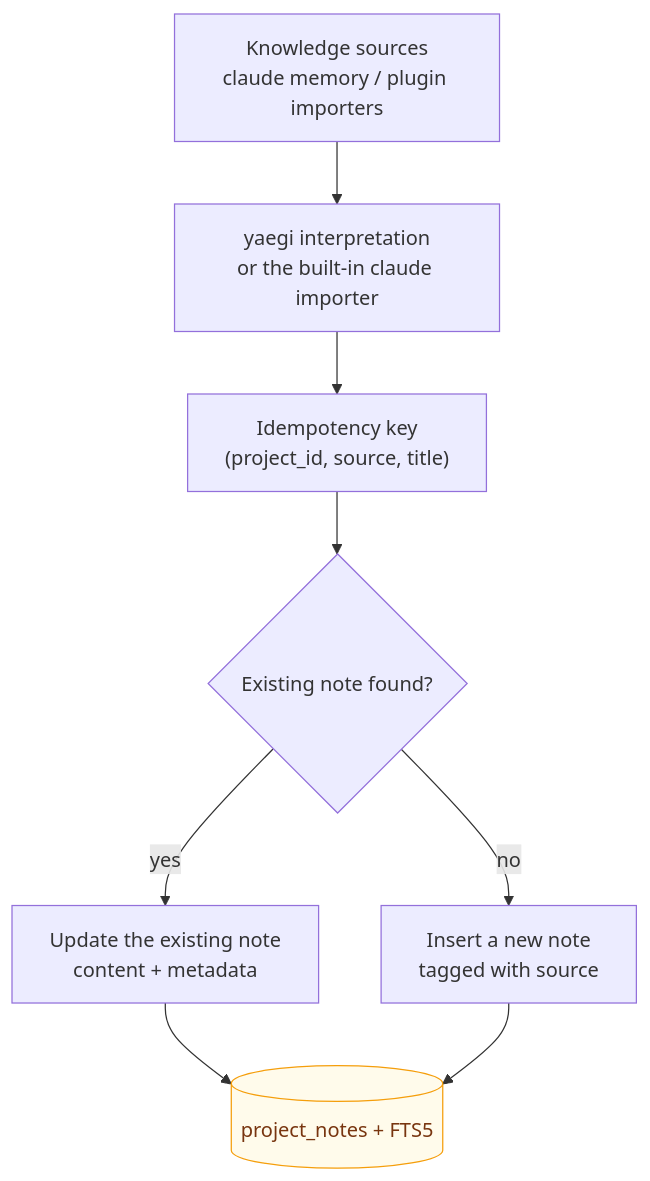
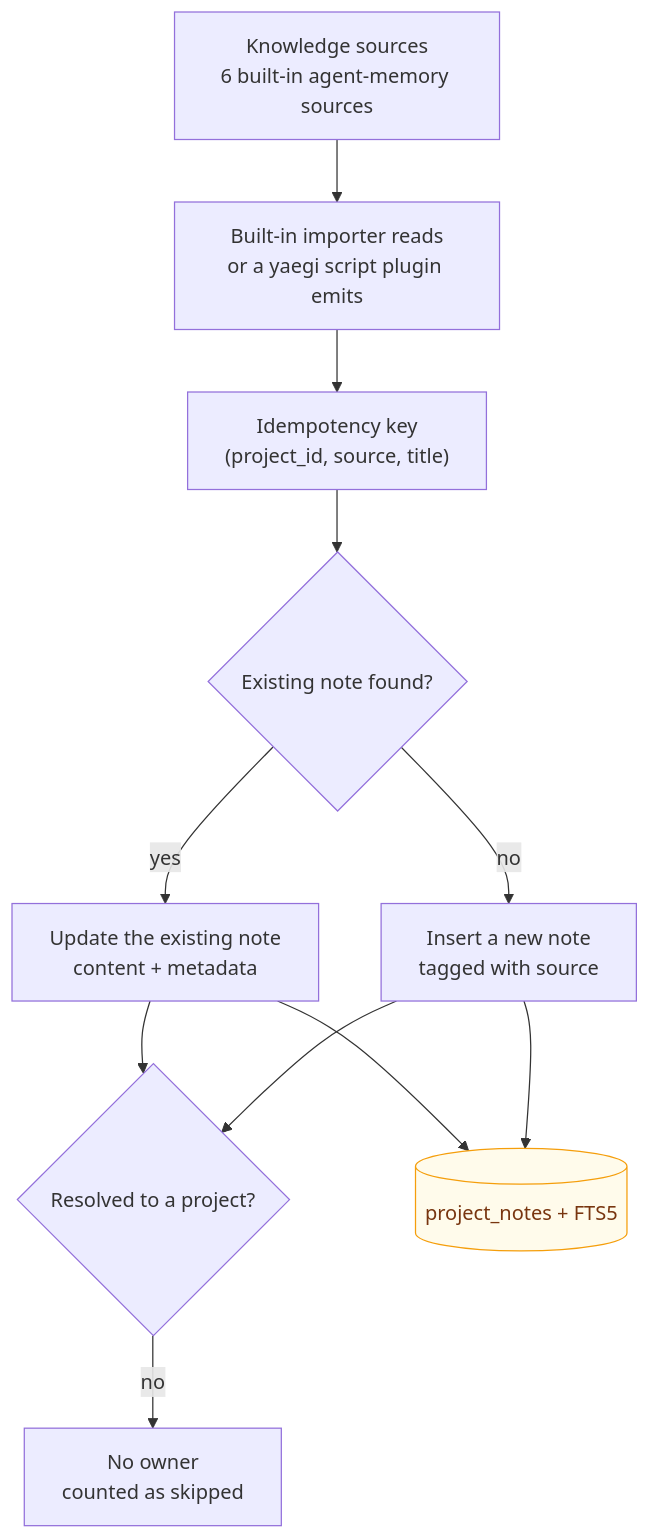
Before and after one commit to sky-jiangcheng/repo-nest: the diagram in docs/en/plugins/overview.md, drawn with Mermaid. The commit also changed other lines of this file and 3 other files, not shown here.

````diff
--- a/docs/en/plugins/overview.md
+++ b/docs/en/plugins/overview.md
@@ -12,12 +12,15 @@
 ```mermaid
 flowchart TB
-    SRC["Knowledge sources<br/>claude memory / plugin importers"] --> RUN["yaegi interpretation<br/>or the built-in claude importer"]
+    SRC["Knowledge sources<br/>6 built-in agent-memory sources"] --> RUN["Built-in importer reads<br/>or a yaegi script plugin emits"]
     RUN --> KEY["Idempotency key<br/>(project_id, source, title)"]
     KEY --> HIT{"Existing note found?"}
     HIT -->|"yes"| UPD["Update the existing note<br/>content + metadata"]
     HIT -->|"no"| INS["Insert a new note<br/>tagged with source"]
+    UPD --> MATCH{"Resolved to a project?"}
+    INS --> MATCH
+    MATCH -->|"no"| SKIP["No owner<br/>counted as skipped"]
     UPD --> DB[("project_notes + FTS5")]
     INS --> DB
         classDef store fill:#fffbeb,stroke:#f59e0b,color:#78350f
     class DB store
 ```
````
